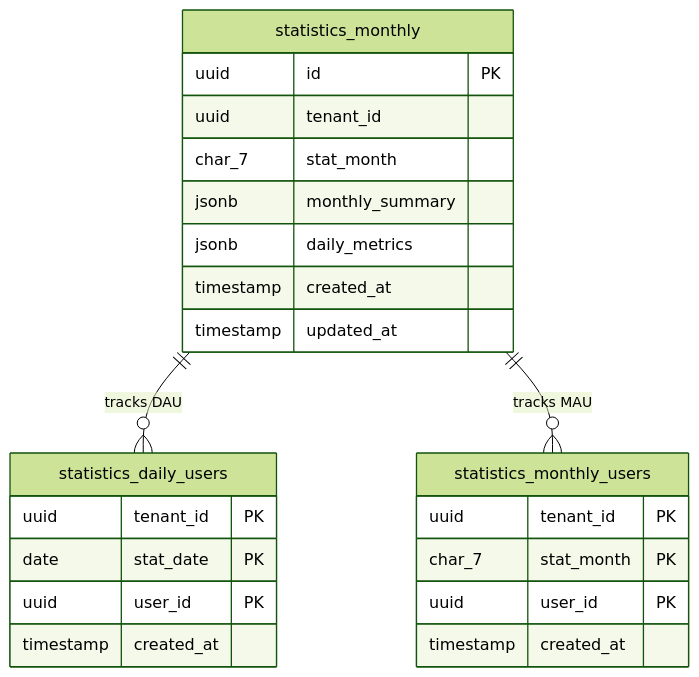
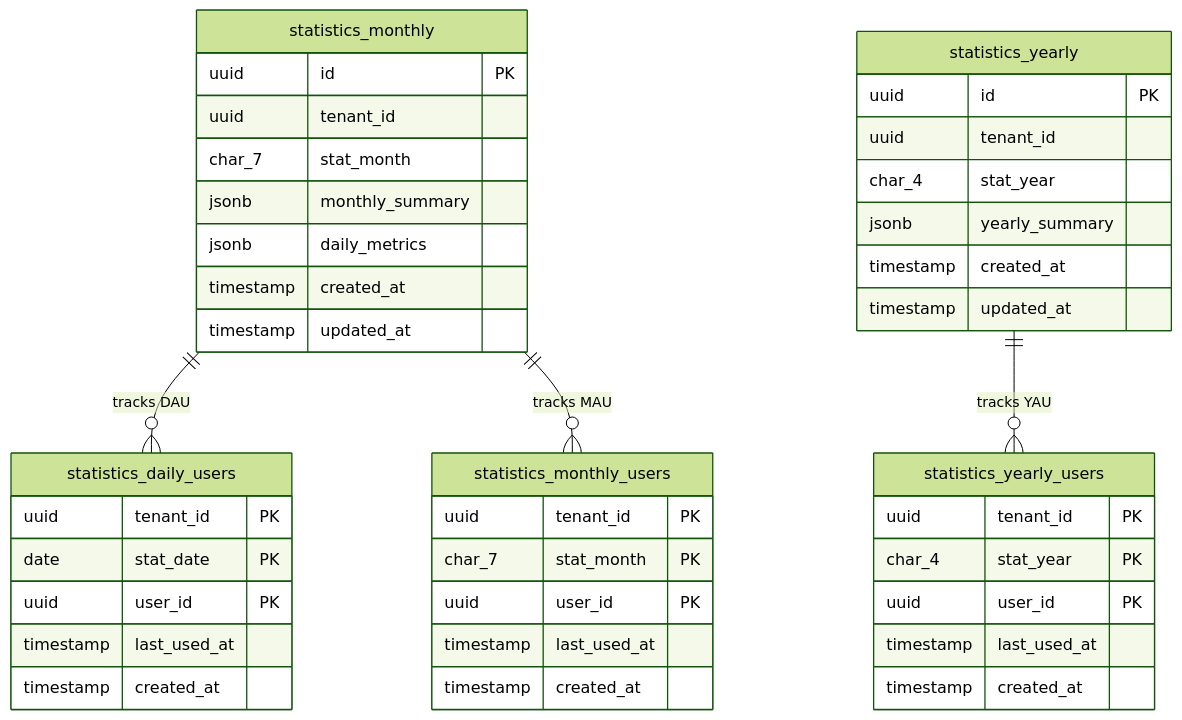
The second of 7 diagrams in documentation/docs/content_03_concepts/concept-22-tenant-statistics.md (hirokazu-kobayashi-koba-hiro/idp-server), drawn with Mermaid (forest theme) before and after one commit. The commit also changed other lines of this file and 13 other files, not shown here.

````diff
--- a/documentation/docs/content_03_concepts/concept-22-tenant-statistics.md
+++ b/documentation/docs/content_03_concepts/concept-22-tenant-statistics.md
@@ -57,26 +60,44 @@
 ```mermaid
 erDiagram
     statistics_monthly ||--o{ statistics_daily_users : "tracks DAU"
     statistics_monthly ||--o{ statistics_monthly_users : "tracks MAU"
+    statistics_yearly ||--o{ statistics_yearly_users : "tracks YAU"
     statistics_monthly {
         uuid id PK
         uuid tenant_id
         char_7 stat_month
         jsonb monthly_summary
         jsonb daily_metrics
         timestamp created_at
         timestamp updated_at
     }
+    statistics_yearly {
+        uuid id PK
+        uuid tenant_id
+        char_4 stat_year
+        jsonb yearly_summary
+        timestamp created_at
+        timestamp updated_at
+    }
     statistics_daily_users {
         uuid tenant_id PK
         date stat_date PK
         uuid user_id PK
+        timestamp last_used_at
         timestamp created_at
     }
     statistics_monthly_users {
         uuid tenant_id PK
         char_7 stat_month PK
         uuid user_id PK
+        timestamp last_used_at
+        timestamp created_at
+    }
+    statistics_yearly_users {
+        uuid tenant_id PK
+        char_4 stat_year PK
+        uuid user_id PK
+        timestamp last_used_at
         timestamp created_at
     }
 ```
````
